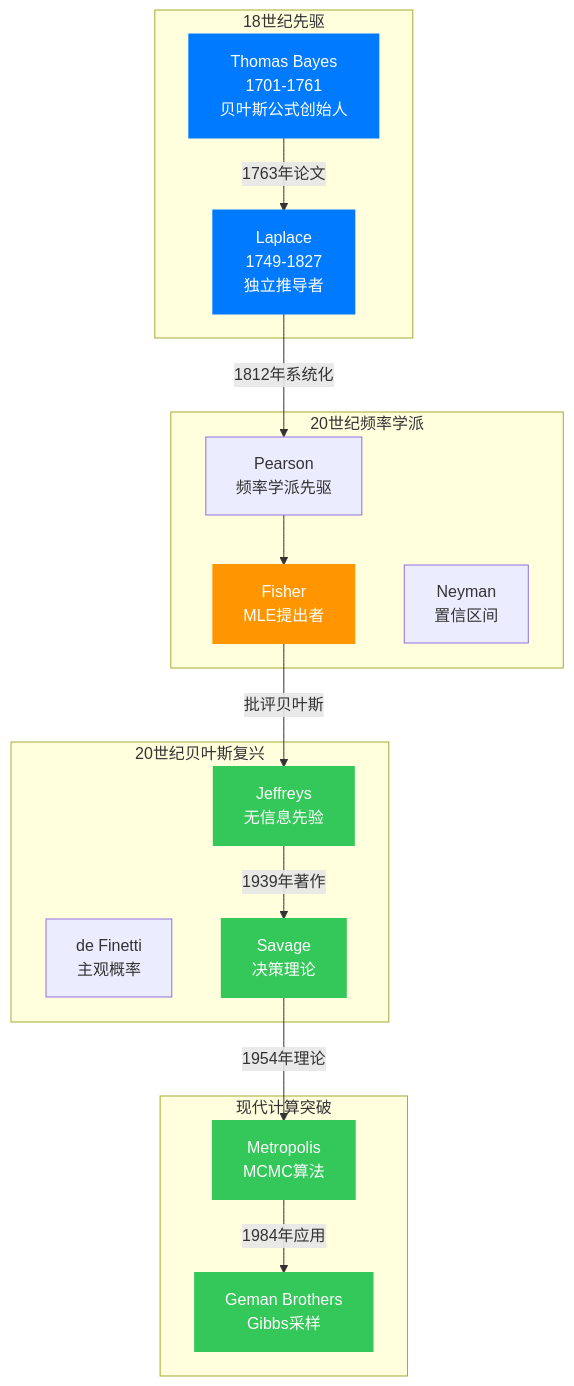
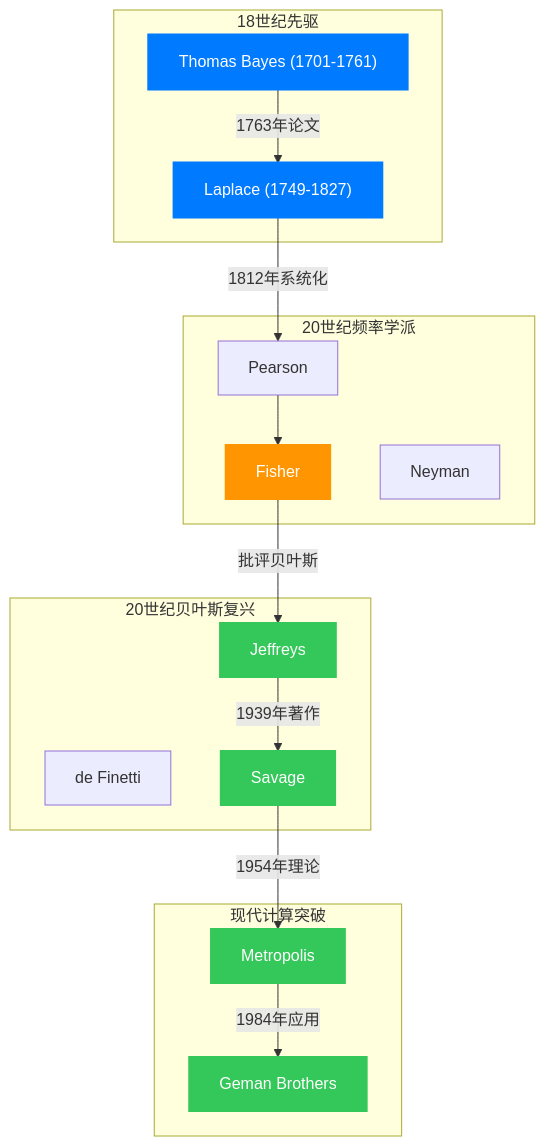
One commit to s-ai-unix/blog changed the third of 3 diagrams in content/posts/2026-01-21-bayes-theorem.md. Above: the diagram before and after it, drawn with Mermaid. The commit also changed other lines of this file, not shown here.

````diff
--- a/content/posts/2026-01-21-bayes-theorem.md
+++ b/content/posts/2026-01-21-bayes-theorem.md
@@ -214,40 +215,40 @@
 ```mermaid
 flowchart TD
     subgraph "18世纪先驱"
-        BAYES[Thomas Bayes<br/>1701-1761<br/>贝叶斯公式创始人]
-        LAPLACE[Laplace<br/>1749-1827<br/>独立推导者]
+        BAYES["Thomas Bayes (1701-1761)"]
+        LAPLACE["Laplace (1749-1827)"]
     end
 
     subgraph "20世纪频率学派"
-        PEARSON[Pearson<br/>频率学派先驱]
-        FISHER[Fisher<br/>MLE提出者]
-        NEYMAN[Neyman<br/>置信区间]
+        PEARSON["Pearson"]
+        FISHER["Fisher"]
+        NEYMAN["Neyman"]
     end
 
     subgraph "20世纪贝叶斯复兴"
-        DE_FINETTI[de Finetti<br/>主观概率]
-        JEFFREYS[Jeffreys<br/>无信息先验]
-        SAVAGE[Savage<br/>决策理论]
+        DE_FINETTI["de Finetti"]
+        JEFFREYS["Jeffreys"]
+        SAVAGE["Savage"]
     end
 
     subgraph "现代计算突破"
-        METROPOLIS[Metropolis<br/>MCMC算法]
-        GEMAN[Geman Brothers<br/>Gibbs采样]
+        METROPOLIS["Metropolis"]
+        GEMAN["Geman Brothers"]
     end
 
     BAYES -->|1763年论文| LAPLACE
     LAPLACE -->|1812年系统化| PEARSON
     PEARSON --> FISHER
     FISHER -->|批评贝叶斯| JEFFREYS
     JEFFREYS -->|1939年著作| SAVAGE
     SAVAGE -->|1954年理论| METROPOLIS
     METROPOLIS -->|1984年应用| GEMAN
 
     style BAYES fill:#007AFF,stroke:#007AFF,stroke-width:3px,color:#ffffff
     style LAPLACE fill:#007AFF,stroke:#007AFF,stroke-width:3px,color:#ffffff
     style FISHER fill:#FF9500,stroke:#FF9500,stroke-width:2px,color:#ffffff
     style JEFFREYS fill:#34C759,stroke:#34C759,stroke-width:2px,color:#ffffff
     style SAVAGE fill:#34C759,stroke:#34C759,stroke-width:2px,color:#ffffff
     style METROPOLIS fill:#34C759,stroke:#34C759,stroke-width:2px,color:#ffffff
     style GEMAN fill:#34C759,stroke:#34C759,stroke-width:2px,color:#ffffff
 ```
````
